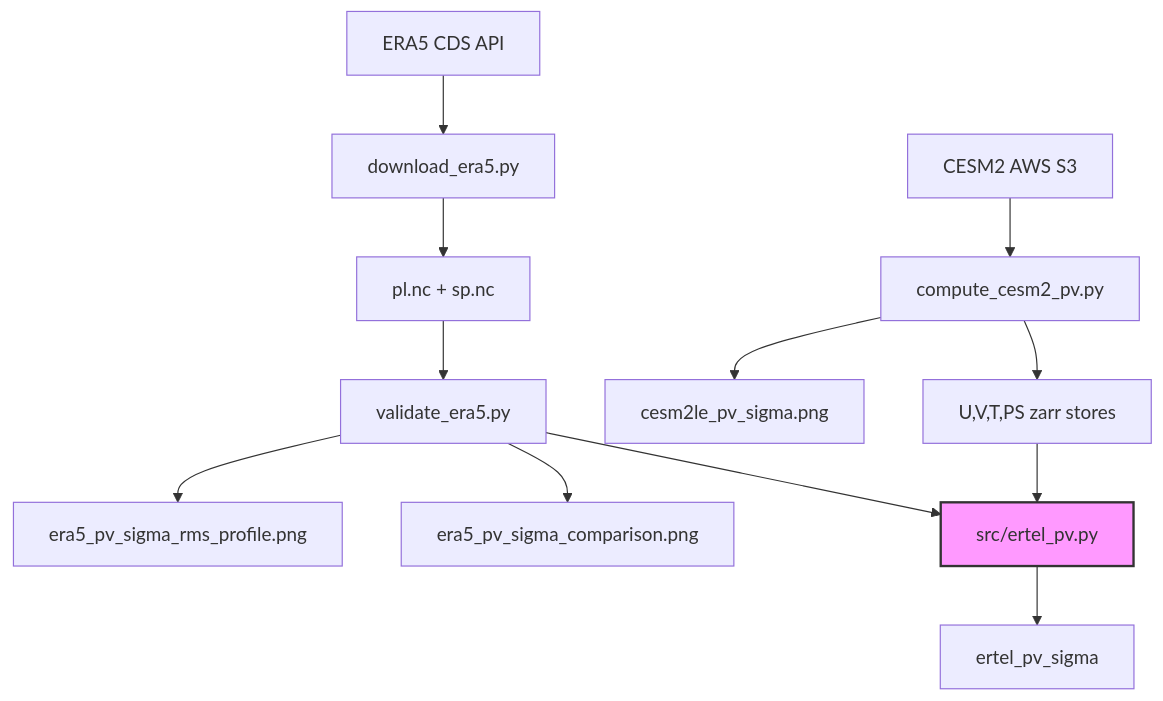
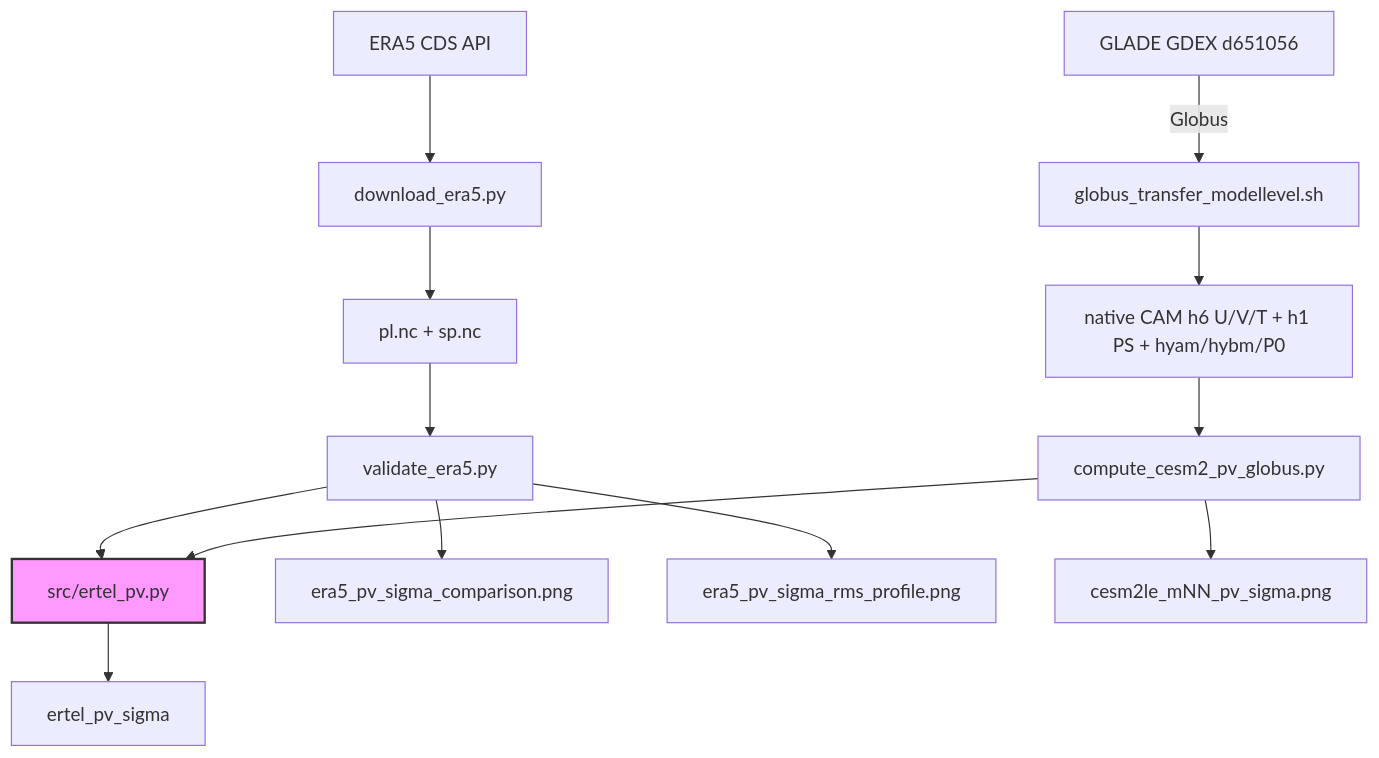
Before and after one commit to yanxingjianken/PV_Ertel_Computation: the diagram in README.md, drawn with Mermaid. The commit also changed other lines of this file and 12 other files, not shown here.

First line of the commit message:
v0.5.0: hybrid sigma-pressure fix for CESM2 + Globus native-level pipeline

````diff
--- a/README.md
+++ b/README.md
@@ -59,17 +68,18 @@
 ```mermaid
 graph TD
     A[ERA5 CDS API] --> B[download_era5.py]
     B --> C[pl.nc + sp.nc]
     C --> D[validate_era5.py]
     D --> E[src/ertel_pv.py]
     E --> F[ertel_pv_sigma]
     D --> G[era5_pv_sigma_comparison.png]
     D --> H[era5_pv_sigma_rms_profile.png]
 
-    I[CESM2 AWS S3] --> J[compute_cesm2_pv.py]
-    J --> K[U,V,T,PS zarr stores]
-    K --> E
-    J --> L[cesm2le_pv_sigma.png]
+    I[GLADE GDEX d651056] -->|Globus| J[globus_transfer_modellevel.sh]
+    J --> K[native CAM h6 U/V/T + h1 PS + hyam/hybm/P0]
+    K --> M[compute_cesm2_pv_globus.py]
+    M --> E
+    M --> L[cesm2le_mNN_pv_sigma.png]
 
     style E fill:#f9f,stroke:#333,stroke-width:2px
 ```
````
